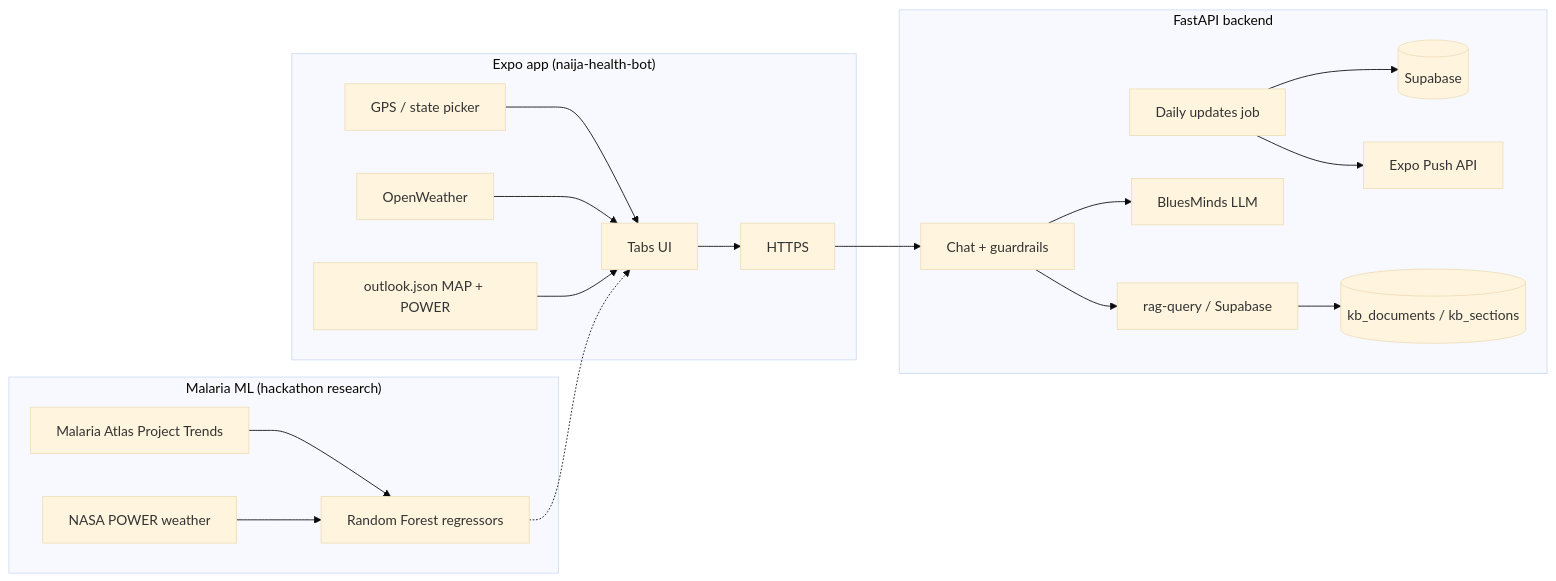
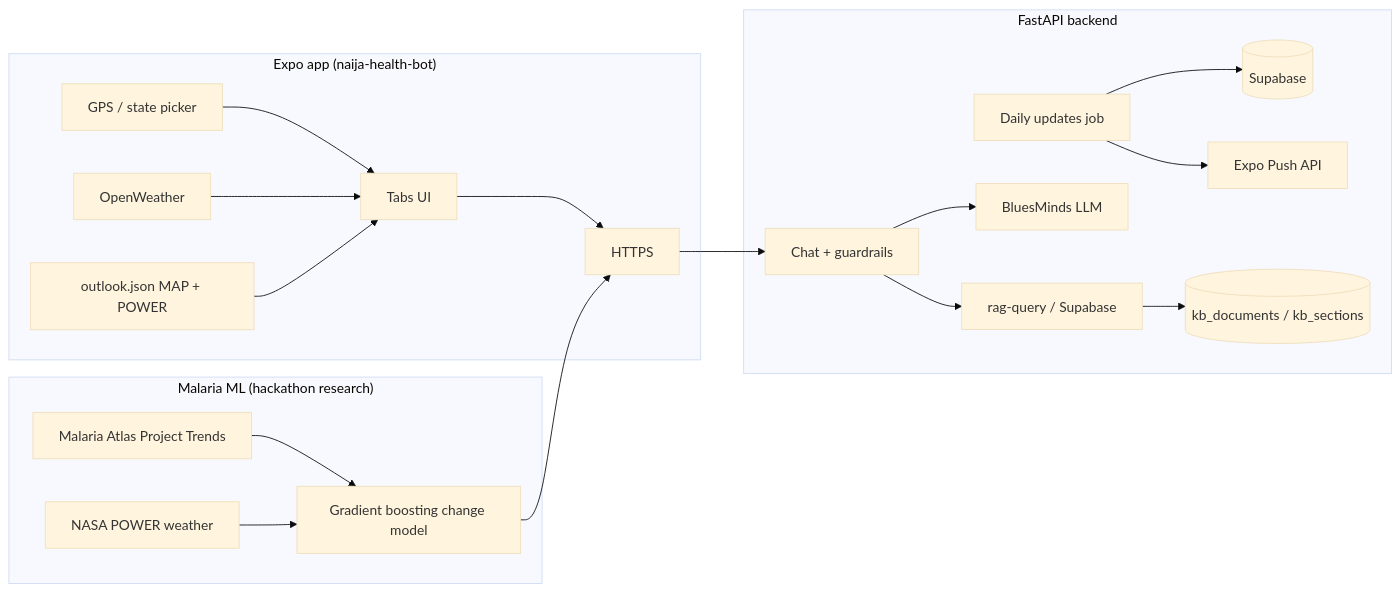
The diagram in README.md (CTechDevWorks/Naija-Health-Bot), drawn with Mermaid (base theme) before and after one commit. The commit also changed other lines of this file and 18 other files, not shown here.

````diff
--- a/README.md
+++ b/README.md
@@ -58,31 +58,31 @@
 ```mermaid
 flowchart LR
   subgraph mobile["Expo app (naija-health-bot)"]
     GPS[GPS / state picker]
     OWM[OpenWeather]
     UI[Tabs UI]
     Bundled[outlook.json MAP + POWER]
     GPS --> UI
     OWM --> UI
     Bundled --> UI
     UI --> API[HTTPS]
   end
 
   subgraph backend["FastAPI backend"]
     API --> Chat[Chat + guardrails]
     Chat --> RAG[rag-query / Supabase]
     Chat --> LLM[BluesMinds LLM]
     Jobs[Daily updates job] --> Store[(Supabase)]
     Jobs --> Push[Expo Push API]
     RAG --> KB[(kb_documents / kb_sections)]
   end
 
   subgraph research["Malaria ML (hackathon research)"]
     MAP[Malaria Atlas Project Trends]
     NASA[NASA POWER weather]
-    MAP --> ML[Random Forest regressors]
+    MAP --> ML[Gradient boosting change model]
     NASA --> ML
   end
 
-  ML -.-> UI
+  ML --> API
 ```
````
